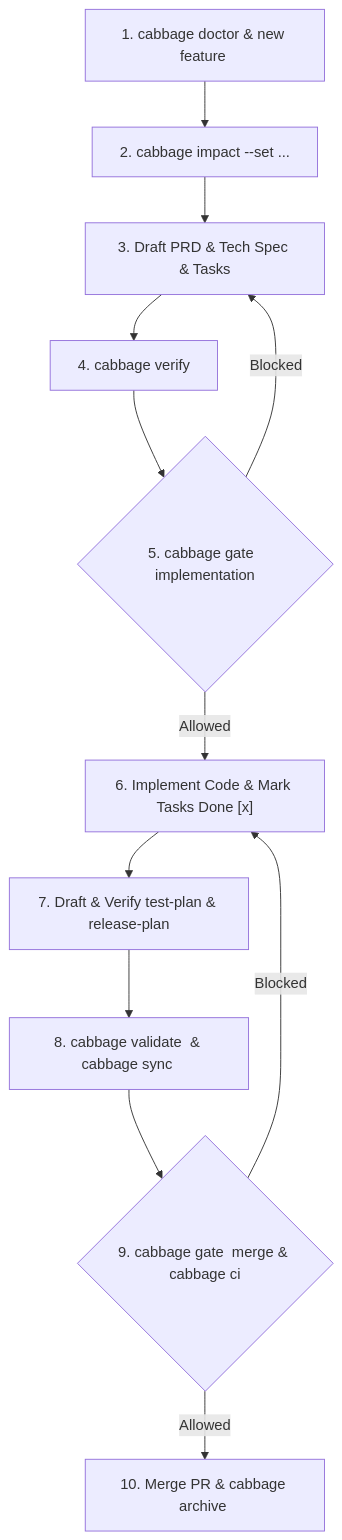
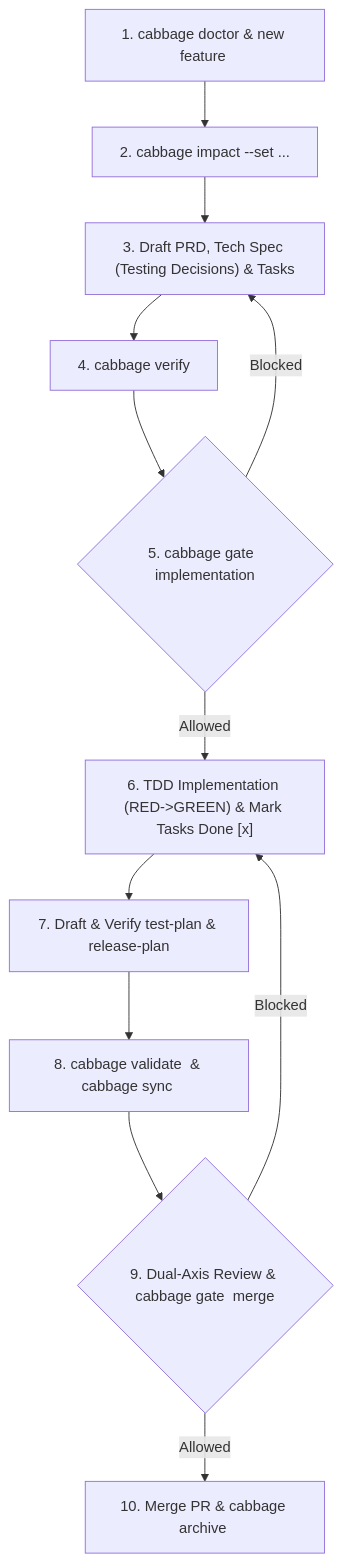
One commit to devcxl/cabbage changed the diagram in SKILL.md. Above: the diagram before and after it, drawn with Mermaid. The commit also changed other lines of this file, not shown here.

Commit message:
docs(skill): merge 10-scenario dispatch, TDD protocols and handoff management

````diff
--- a/SKILL.md
+++ b/SKILL.md
@@ -67,14 +73,14 @@
 ```mermaid
 flowchart TD
     A["1. cabbage doctor & new feature <id>"] --> B["2. cabbage impact <id> --set ..."]
-    B --> C["3. Draft PRD & Tech Spec & Tasks"]
+    B --> C["3. Draft PRD, Tech Spec (Testing Decisions) & Tasks"]
     C --> D["4. cabbage verify <id> <stage>"]
     D --> E{"5. cabbage gate <id> implementation"}
     E -- Blocked --> C
-    E -- Allowed --> F["6. Implement Code & Mark Tasks Done [x]"]
+    E -- Allowed --> F["6. TDD Implementation (RED->GREEN) & Mark Tasks Done [x]"]
     F --> G["7. Draft & Verify test-plan & release-plan"]
     G --> H["8. cabbage validate <id> & cabbage sync <id>"]
-    H --> I{"9. cabbage gate <id> merge & cabbage ci"}
+    H --> I{"9. Dual-Axis Review & cabbage gate <id> merge"}
     I -- Blocked --> F
     I -- Allowed --> J["10. Merge PR & cabbage archive <id>"]
 ```
````
